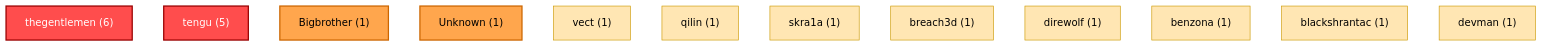
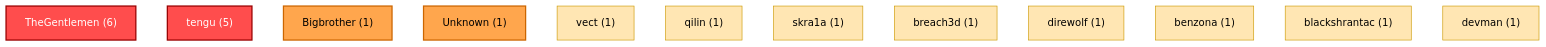
Before and after one commit to Hatchepsoute/AFRINTEL: the first of 4 diagrams in statistics/2026/01-january/README_FR.md, drawn with Mermaid (base theme). The commit also changed other lines of this file and 83 other files, not shown here.

````diff
--- a/statistics/2026/01-january/README_FR.md
+++ b/statistics/2026/01-january/README_FR.md
@@ -100,21 +100,21 @@
 ```mermaid
 flowchart TB
 classDef high fill:#ff4d4d,color:#ffffff,stroke:#990000,stroke-width:2px;
 classDef medium fill:#ffa64d,color:#000000,stroke:#cc6600,stroke-width:2px;
 classDef low fill:#ffe6b3,color:#000000,stroke:#cc9900,stroke-width:1px;
 
-TG["thegentlemen (6)"]:::high
+TG["TheGentlemen (6)"]:::high
 TENGU["tengu (5)"]:::high
 
 BIG["Bigbrother (1)"]:::medium
 UNK["Unknown (1)"]:::medium
 
 VECT["vect (1)"]:::low
 QILIN["qilin (1)"]:::low
 SKRA["skra1a (1)"]:::low
 BREACH["breach3d (1)"]:::low
 DIRE["direwolf (1)"]:::low
 BENZ["benzona (1)"]:::low
 BLACK["blackshrantac (1)"]:::low
 DEVMAN["devman (1)"]:::low
 ```
````
